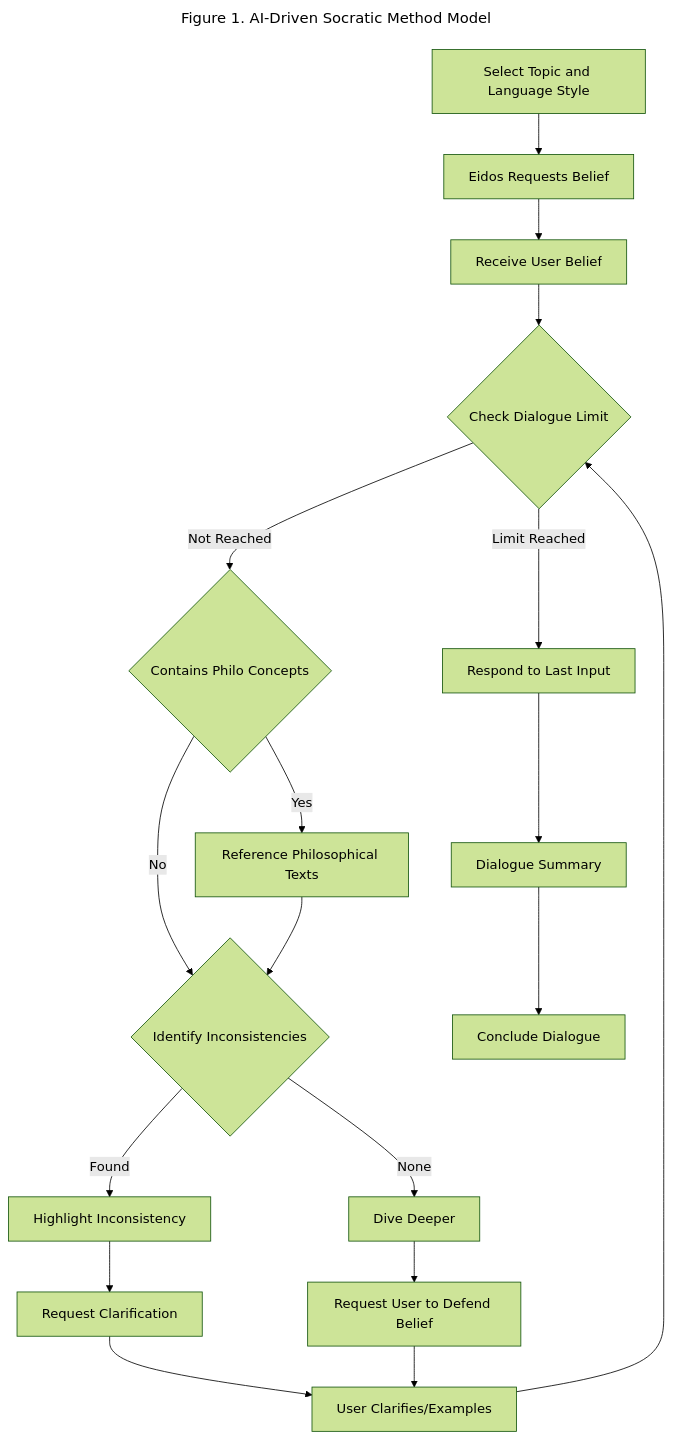
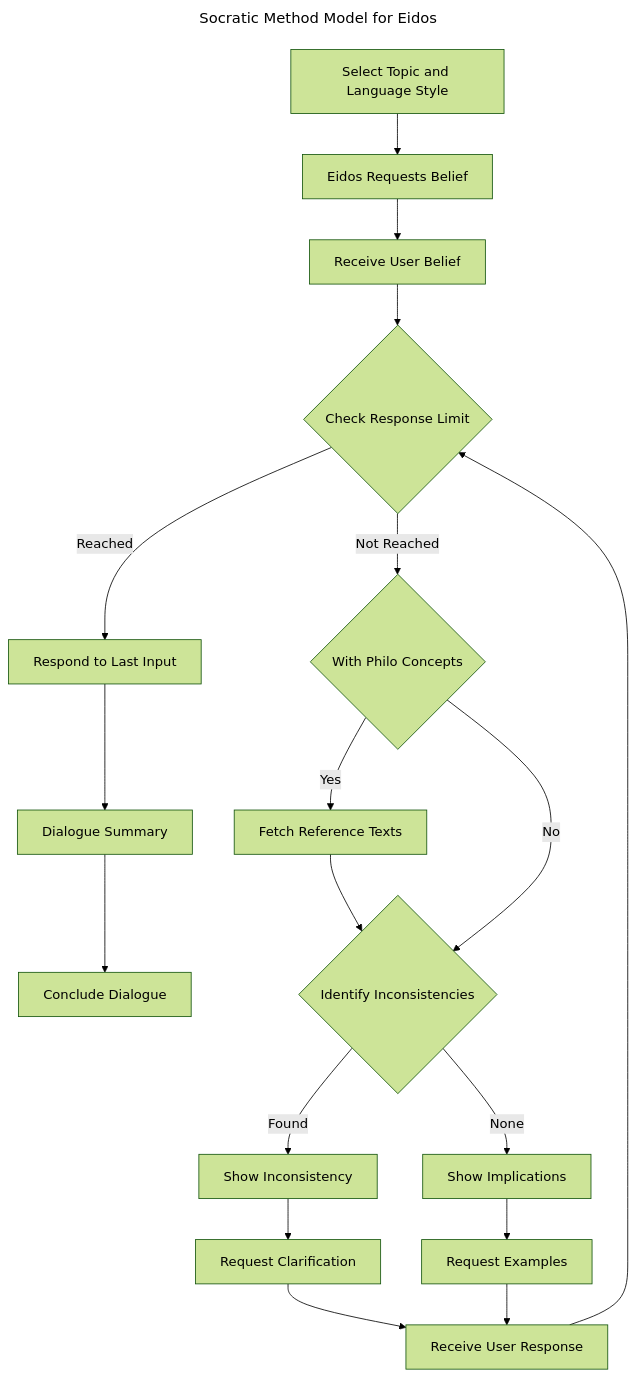
Before and after one commit to rixmape/eidos: the first of 2 diagrams in paper.md, drawn with Mermaid (forest theme).

Commit message:
Update socratic method model

````diff
--- a/paper.md
+++ b/paper.md
@@ -39,31 +39,39 @@
 ```mermaid
 ---
-title: Figure 1. AI-Driven Socratic Method Model
+title: Socratic Method Model for Eidos
 ---
 flowchart TD
-    A[Select Topic and Language Style] --> B[Eidos Requests Belief]
-    B --> C[Receive User Belief]
-    C --> D{Check Dialogue Limit}
+   A[Select Topic and Language Style]
+   B[Eidos Requests Belief]
+   C[Receive User Belief]
+   D{Check Response Limit}
+   E[Respond to Last Input]
+   F[Dialogue Summary]
+   G[Conclude Dialogue]
+   H{With Philo Concepts}
+   I[Fetch Reference Texts]
+   J{Identify Inconsistencies}
+   K[Show Inconsistency]
+   L[Request Clarification]
+   M[Receive User Response]
+   N[Show Implications]
+   O[Request Examples]
 
-    D -- Not Reached --> E{Contains Philo Concepts}
-
-    E -- Yes --> F
-    F[Reference Philosophical Texts]
-
-    E -- No --> G
-
-    F --> G{Identify Inconsistencies}
-
-    G -- Found --> H[Highlight Inconsistency]
-    H --> I[Request Clarification]
-    I --> J[User Clarifies/Examples]
-    J --> D
-
-    G -- None --> K[Dive Deeper]
-    K --> L[Request User to Defend Belief]
-    L --> J
-
-    D -- Limit Reached --> M[Respond to Last Input]
-    M --> N[Dialogue Summary]
-    N --> O[Conclude Dialogue]
+   A --> B
+   B --> C
+   C --> D
+   D -- Reached --> E
+   E --> F
+   F --> G
+   D -- Not Reached --> H
+   H -- Yes --> I
+   I --> J
+   H -- No --> J
+   J -- Found --> K
+   K --> L
+   L --> M
+   M --> D
+   J -- None --> N
+   N --> O
+   O --> M
 ```
````
